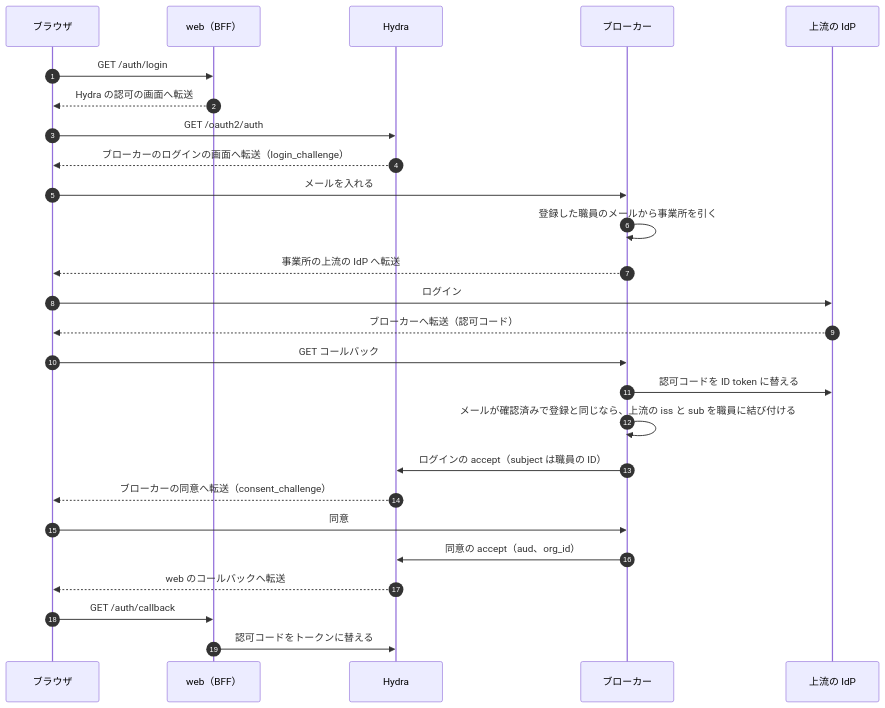
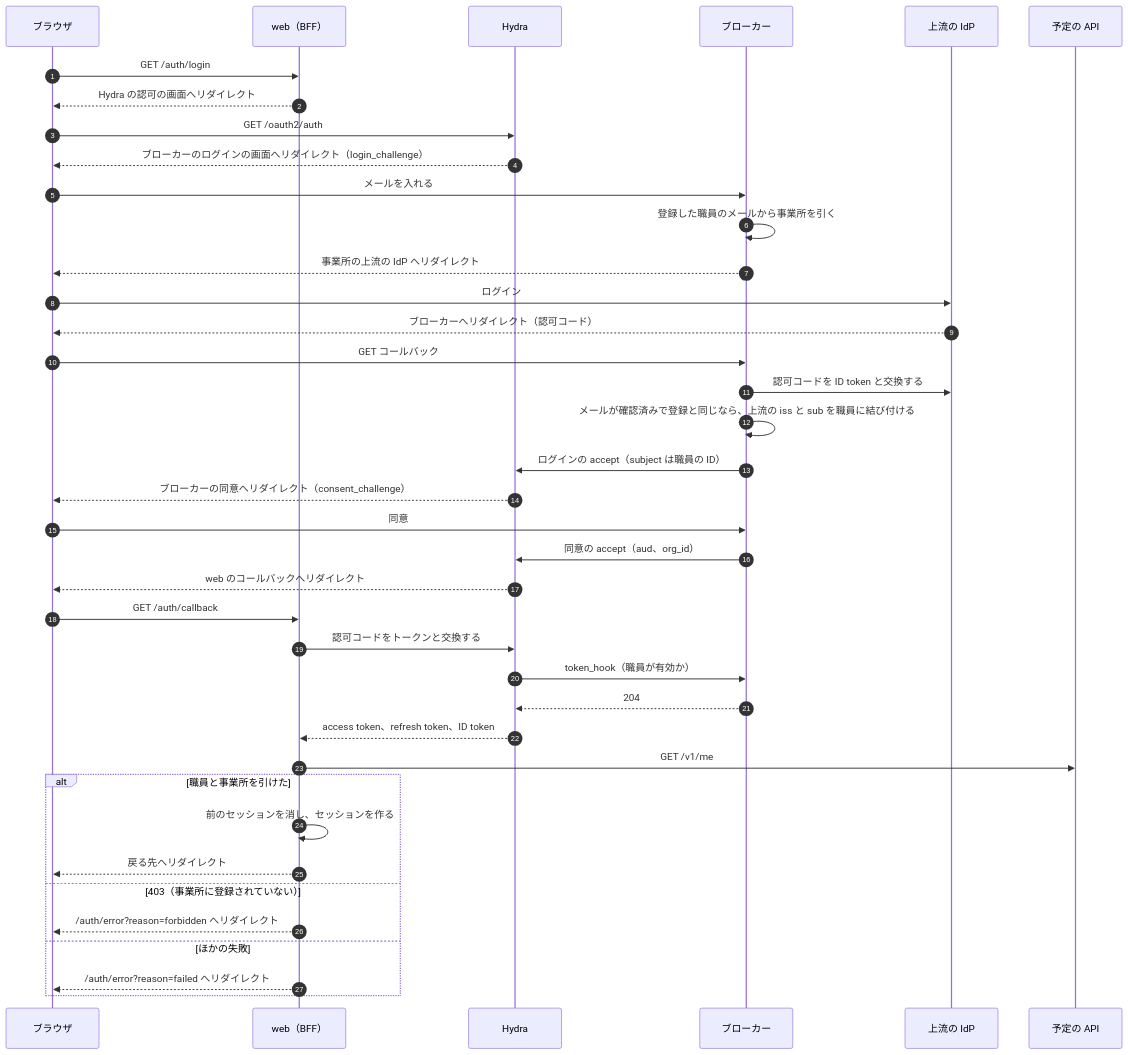
The third of 5 diagrams in services/broker/DesignDoc.md (Fukuemon/buddy), drawn with Mermaid before and after one commit. The commit also changed other lines of this file and 23 other files, not shown here.

````diff
--- a/services/broker/DesignDoc.md
+++ b/services/broker/DesignDoc.md
@@ -90,28 +96,41 @@
 ```mermaid
 sequenceDiagram
   autonumber
   participant B as ブラウザ
   participant W as web（BFF）
   participant H as Hydra
   participant K as ブローカー
   participant U as 上流の IdP
+  participant A as 予定の API
   B->>W: GET /auth/login
-  W-->>B: Hydra の認可の画面へ転送
+  W-->>B: Hydra の認可の画面へリダイレクト
   B->>H: GET /oauth2/auth
-  H-->>B: ブローカーのログインの画面へ転送（login_challenge）
+  H-->>B: ブローカーのログインの画面へリダイレクト（login_challenge）
   B->>K: メールを入れる
   K->>K: 登録した職員のメールから事業所を引く
-  K-->>B: 事業所の上流の IdP へ転送
+  K-->>B: 事業所の上流の IdP へリダイレクト
   B->>U: ログイン
-  U-->>B: ブローカーへ転送（認可コード）
+  U-->>B: ブローカーへリダイレクト（認可コード）
   B->>K: GET コールバック
-  K->>U: 認可コードを ID token に替える
+  K->>U: 認可コードを ID token と交換する
   K->>K: メールが確認済みで登録と同じなら、上流の iss と sub を職員に結び付ける
   K->>H: ログインの accept（subject は職員の ID）
-  H-->>B: ブローカーの同意へ転送（consent_challenge）
+  H-->>B: ブローカーの同意へリダイレクト（consent_challenge）
   B->>K: 同意
   K->>H: 同意の accept（aud、org_id）
-  H-->>B: web のコールバックへ転送
+  H-->>B: web のコールバックへリダイレクト
   B->>W: GET /auth/callback
-  W->>H: 認可コードをトークンに替える
+  W->>H: 認可コードをトークンと交換する
+  H->>K: token_hook（職員が有効か）
+  K-->>H: 204
+  H-->>W: access token、refresh token、ID token
+  W->>A: GET /v1/me
+  alt 職員と事業所を引けた
+    W->>W: 前のセッションを消し、セッションを作る
+    W-->>B: 戻る先へリダイレクト
+  else 403（事業所に登録されていない）
+    W-->>B: /auth/error?reason=forbidden へリダイレクト
+  else ほかの失敗
+    W-->>B: /auth/error?reason=failed へリダイレクト
+  end
 ```
````
